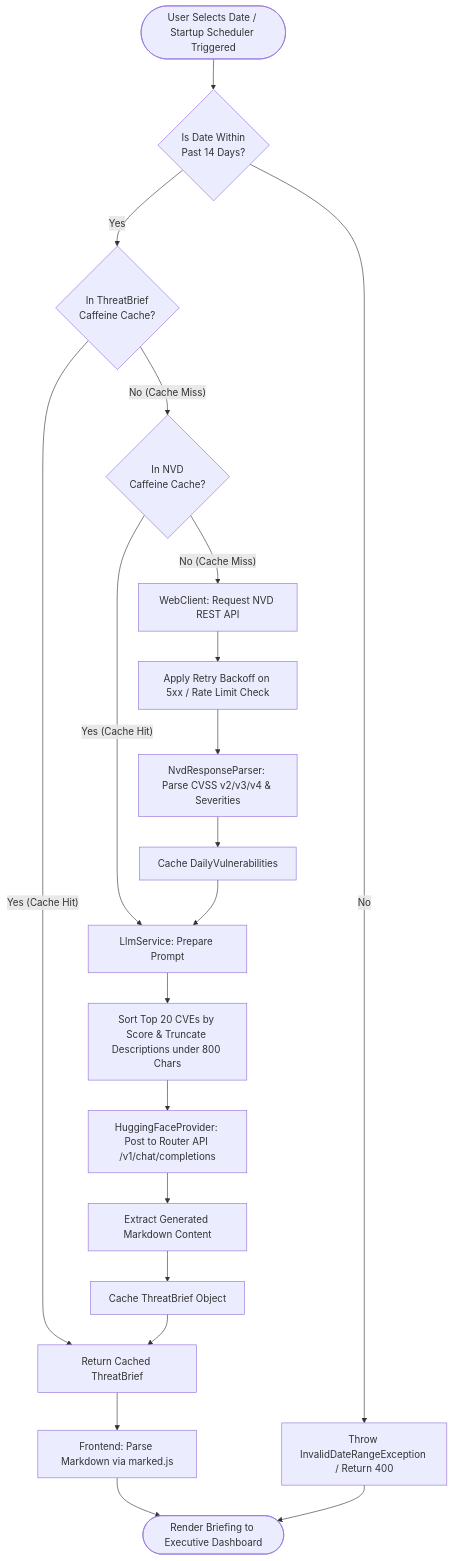
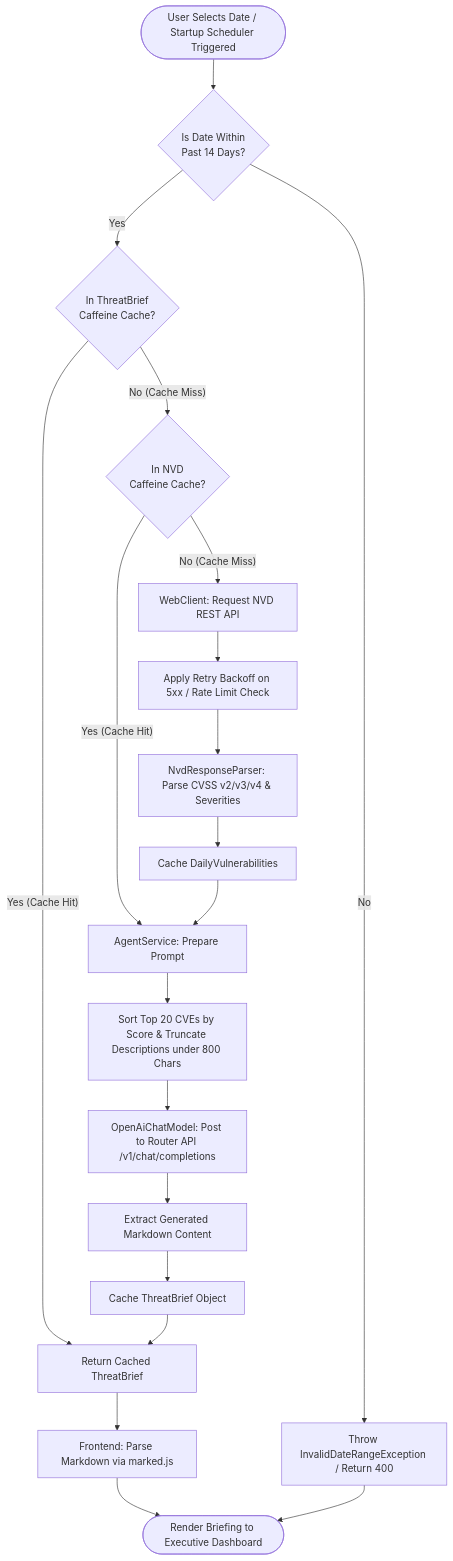
Before and after one commit to mphotle/threatbrief: the first of 2 diagrams in README.md, drawn with Mermaid. The commit also changed other lines of this file, not shown here.

First line of the commit message:
Update architecture diagrams in README

````diff
--- a/README.md
+++ b/README.md
@@ -11,30 +11,30 @@
 ```mermaid
 flowchart TD
     Start(["User Selects Date / Startup Scheduler Triggered"]) --> ValidateDate{"Is Date Within<br/>Past 14 Days?"}
     
     ValidateDate -->|"No"| ErrorOut["Throw InvalidDateRangeException / Return 400"]
     ValidateDate -->|"Yes"| CheckBriefCache{"In ThreatBrief<br/>Caffeine Cache?"}
     
     CheckBriefCache -->|"Yes (Cache Hit)"| ReturnBrief["Return Cached ThreatBrief"]
     
     CheckBriefCache -->|"No (Cache Miss)"| CheckNvdCache{"In NVD<br/>Caffeine Cache?"}
     
-    CheckNvdCache -->|"Yes (Cache Hit)"| PrepPrompt["LlmService: Prepare Prompt"]
+    CheckNvdCache -->|"Yes (Cache Hit)"| PrepPrompt["AgentService: Prepare Prompt"]
     
     CheckNvdCache -->|"No (Cache Miss)"| FetchNVD["WebClient: Request NVD REST API"]
     FetchNVD --> Resilience["Apply Retry Backoff on 5xx / Rate Limit Check"]
     Resilience --> ParseNVD["NvdResponseParser: Parse CVSS v2/v3/v4 & Severities"]
     ParseNVD --> CacheNVD["Cache DailyVulnerabilities"]
     CacheNVD --> PrepPrompt
     
     PrepPrompt --> FilterCVEs["Sort Top 20 CVEs by Score & Truncate Descriptions under 800 Chars"]
-    FilterCVEs --> CallHF["HuggingFaceProvider: Post to Router API /v1/chat/completions"]
+    FilterCVEs --> CallHF["OpenAiChatModel: Post to Router API /v1/chat/completions"]
     CallHF --> ExtractText["Extract Generated Markdown Content"]
     
     ExtractText --> StoreBriefCache["Cache ThreatBrief Object"]
     StoreBriefCache --> ReturnBrief
     
     ReturnBrief --> FrontendRender["Frontend: Parse Markdown via marked.js"]
     FrontendRender --> DisplayUI(["Render Briefing to Executive Dashboard"])
     ErrorOut --> DisplayUI
 ```
````
